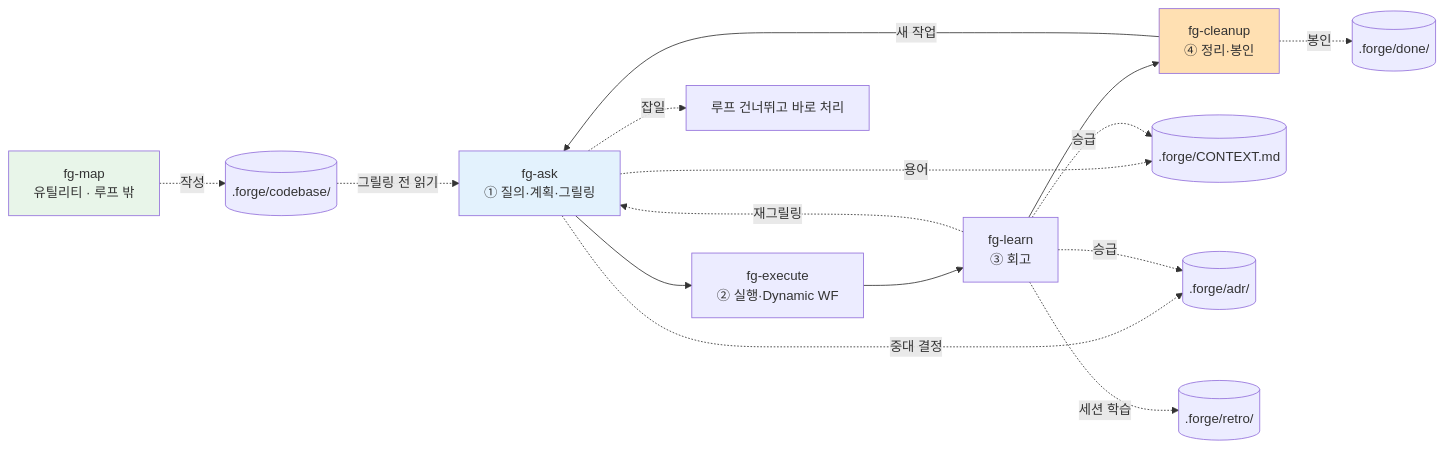
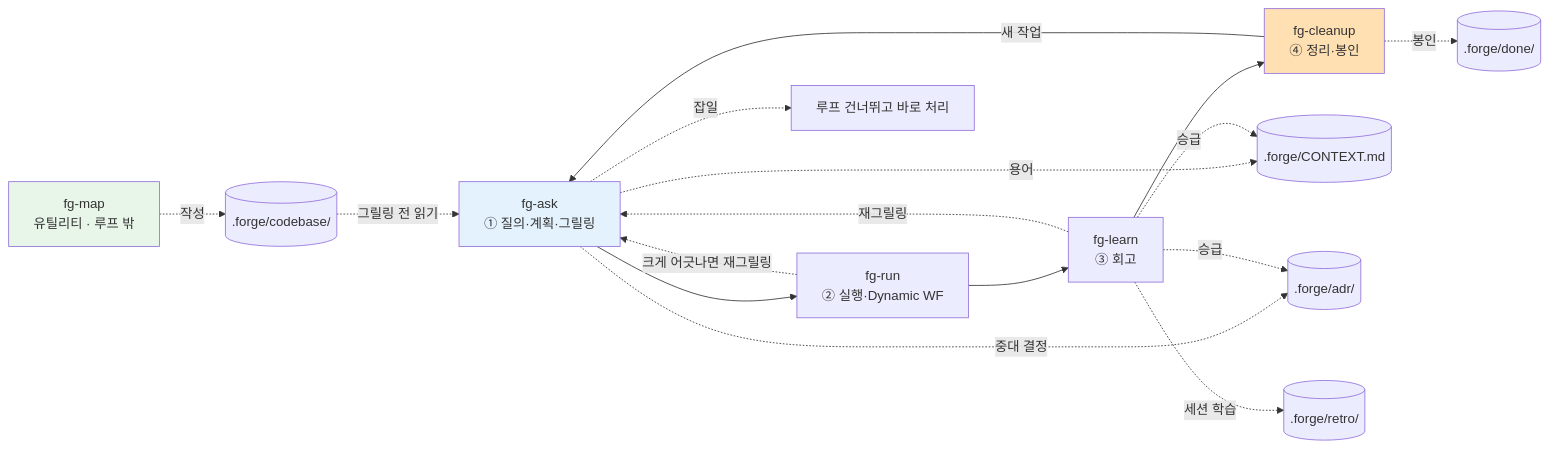
One commit to gyuha/forge changed the diagram in README.ko.md. Above: the diagram before and after it, drawn with Mermaid. The commit also changed other lines of this file and 15 other files, not shown here.

````diff
--- a/README.ko.md
+++ b/README.ko.md
@@ -32,20 +32,21 @@
 ```mermaid
 flowchart LR
-    A[fg-ask<br/>① 질의·계획·그릴링] --> E[fg-execute<br/>② 실행·Dynamic WF]
+    A[fg-ask<br/>① 질의·계획·그릴링] --> E[fg-run<br/>② 실행·Dynamic WF]
     E --> L[fg-learn<br/>③ 회고]
     L --> C[fg-cleanup<br/>④ 정리·봉인]
+    E -.크게 어긋나면 재그릴링.-> A
     L -.재그릴링.-> A
     C -->|새 작업| A
     A -.잡일.-> X[루프 건너뛰고 바로 처리]
     A -.용어.-> CTX[(.forge/CONTEXT.md)]
     A -.중대 결정.-> ADR[(.forge/adr/)]
     L -.승급.-> CTX
     L -.승급.-> ADR
     L -.세션 학습.-> RETRO[(.forge/retro/)]
     C -.봉인.-> DONE[(.forge/done/)]
     MAP[fg-map<br/>유틸리티 · 루프 밖] -.작성.-> CB[(.forge/codebase/)]
     CB -.그릴링 전 읽기.-> A
     style A fill:#e3f2fd
     style C fill:#ffe0b2
     style MAP fill:#e8f5e9
 ```
````
